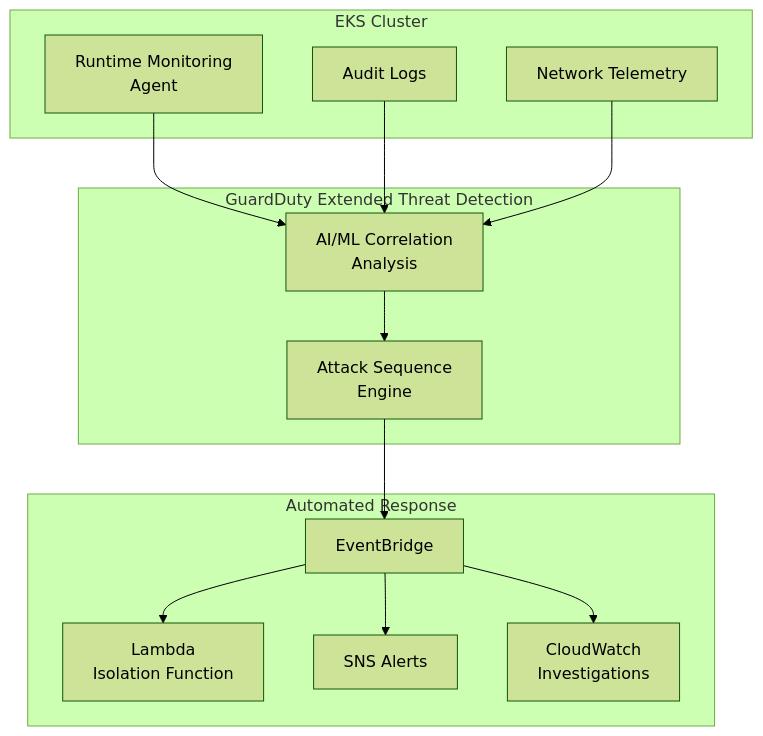
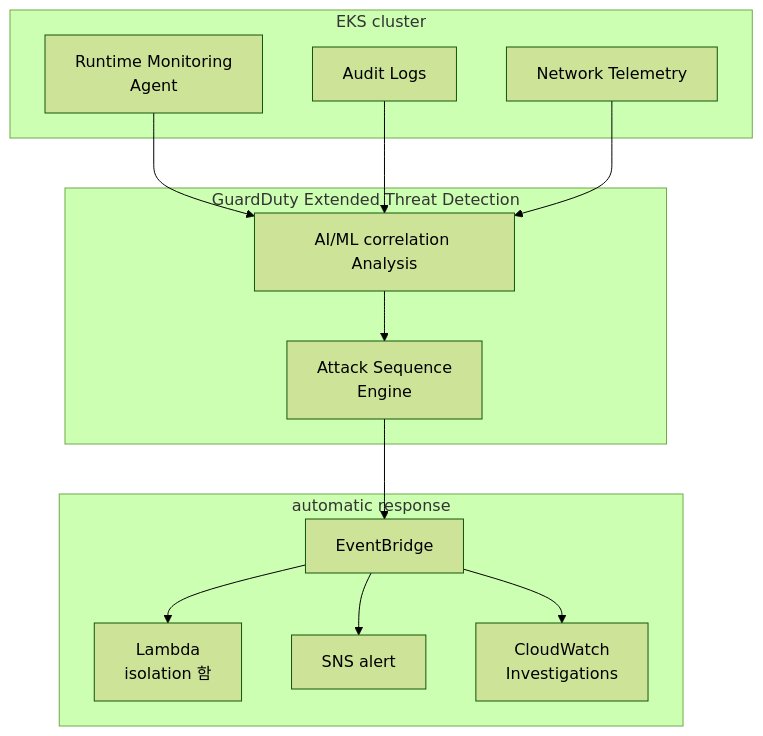
The fourth of 6 diagrams in i18n/en/docusaurus-plugin-content-docs/current/aidlc/agentic-ops/aiops-observability-stack.md (devfloor9/engineering-playbook), drawn with Mermaid (forest theme) before and after one commit. The commit also changed other lines of this file and 95 other files, not shown here.

````diff
--- a/i18n/en/docusaurus-plugin-content-docs/current/aidlc/agentic-ops/aiops-observability-stack.md
+++ b/i18n/en/docusaurus-plugin-content-docs/current/aidlc/agentic-ops/aiops-observability-stack.md
@@ -2088,28 +2086,29 @@
 ```mermaid
 graph TB
-    subgraph EKS["EKS Cluster"]
-        RT[Runtime Monitoring<br/>Agent]
-        AL[Audit Logs]
-        NW[Network Telemetry]
-    end
+ subgraph EKS["EKS cluster"]
+ RT[Runtime Monitoring<br/>Agent]
+ AL[Audit Logs]
+ NW[Network Telemetry]
+ end
 
-    subgraph GuardDuty["GuardDuty Extended Threat Detection"]
-        AI[AI/ML Correlation<br/>Analysis]
-        SEQ[Attack Sequence<br/>Engine]
-    end
-    subgraph Response["Automated Response"]
-        EB[EventBridge]
-        Lambda[Lambda<br/>Isolation Function]
-        SNS[SNS Alerts]
-        CW[CloudWatch<br/>Investigations]
-    end
+ subgraph GuardDuty["GuardDuty Extended Threat Detection"]
+ AI[AI/ML correlation Analysis]
+ SEQ[Attack Sequence<br/>Engine]
+ end
 
-    RT --> AI
-    AL --> AI
-    NW --> AI
-    AI --> SEQ
-    SEQ --> EB
-    EB --> Lambda
-    EB --> SNS
-    EB --> CW
+ subgraph Response["automatic response"]
+ EB[EventBridge]
+ Lambda[Lambda<br/>isolation 함]
+ SNS[SNS alert]
+ CW[CloudWatch<br/>Investigations]
+ end
+
+ RT --> AI
+ AL --> AI
+ NW --> AI
+ AI --> SEQ
+ SEQ --> EB
+ EB --> Lambda
+ EB --> SNS
+ EB --> CW
 ```
````
